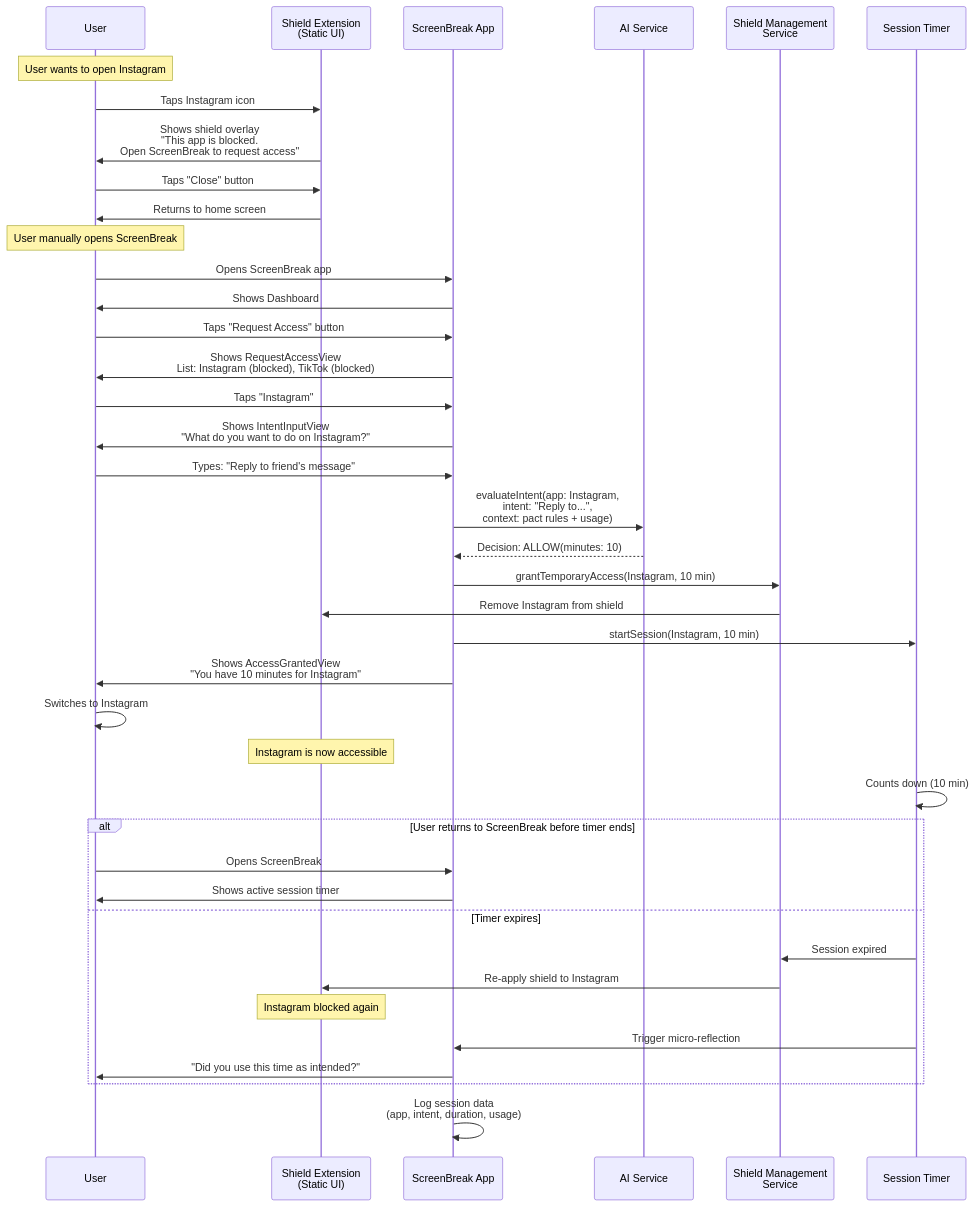
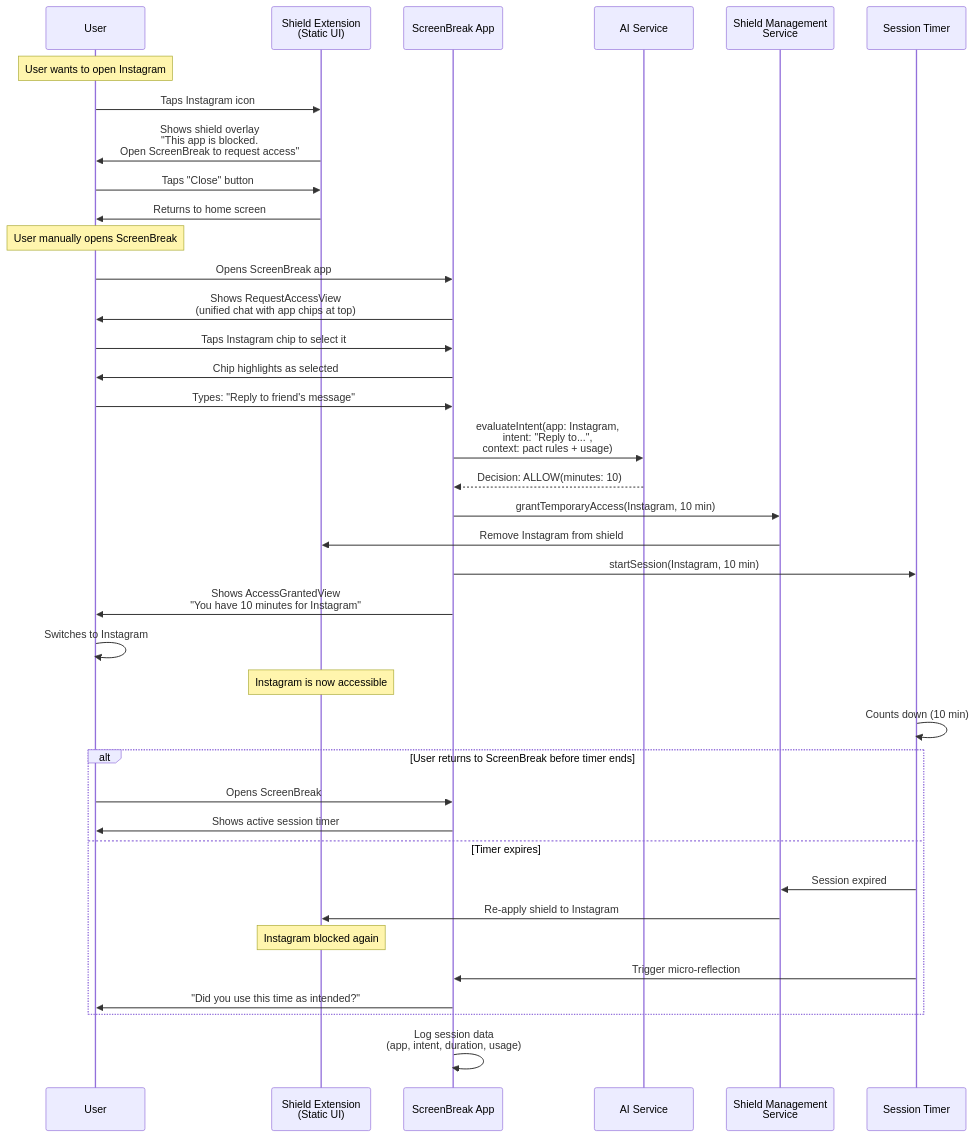
The fourth of 5 diagrams in blueprints/02_flows.md (CyberHoward/ScreenBreak), drawn with Mermaid before and after one commit. The commit also changed other lines of this file and 23 other files, not shown here.

````diff
--- a/blueprints/02_flows.md
+++ b/blueprints/02_flows.md
@@ -188,52 +185,50 @@
 ```mermaid
 sequenceDiagram
     participant User
     participant Shield as Shield Extension<br/>(Static UI)
     participant MainApp as ScreenBreak App
     participant AI as AI Service
     participant ShieldMgr as Shield Management<br/>Service
     participant Timer as Session Timer
     
     Note over User: User wants to open Instagram
     User->>Shield: Taps Instagram icon
     Shield->>User: Shows shield overlay<br/>"This app is blocked.<br/>Open ScreenBreak to request access"
     User->>Shield: Taps "Close" button
     Shield->>User: Returns to home screen
     
     Note over User: User manually opens ScreenBreak
     User->>MainApp: Opens ScreenBreak app
-    MainApp->>User: Shows Dashboard
-    User->>MainApp: Taps "Request Access" button
-    MainApp->>User: Shows RequestAccessView<br/>List: Instagram (blocked), TikTok (blocked)
+    MainApp->>User: Shows RequestAccessView<br/>(unified chat with app chips at top)
     
-    User->>MainApp: Taps "Instagram"
-    MainApp->>User: Shows IntentInputView<br/>"What do you want to do on Instagram?"
+    User->>MainApp: Taps Instagram chip to select it
+    MainApp->>User: Chip highlights as selected
     User->>MainApp: Types: "Reply to friend's message"
     
     MainApp->>AI: evaluateIntent(app: Instagram,<br/>intent: "Reply to...",<br/>context: pact rules + usage)
     AI-->>MainApp: Decision: ALLOW(minutes: 10)
     
     MainApp->>ShieldMgr: grantTemporaryAccess(Instagram, 10 min)
     ShieldMgr->>Shield: Remove Instagram from shield
     
     MainApp->>Timer: startSession(Instagram, 10 min)
     MainApp->>User: Shows AccessGrantedView<br/>"You have 10 minutes for Instagram"
     
     User->>User: Switches to Instagram
     Note over Shield: Instagram is now accessible
     
     Timer->>Timer: Counts down (10 min)
     
     alt User returns to ScreenBreak before timer ends
         User->>MainApp: Opens ScreenBreak
         MainApp->>User: Shows active session timer
     else Timer expires
         Timer->>ShieldMgr: Session expired
         ShieldMgr->>Shield: Re-apply shield to Instagram
         Note over Shield: Instagram blocked again
         Timer->>MainApp: Trigger micro-reflection
         MainApp->>User: "Did you use this time as intended?"
     end
     
     MainApp->>MainApp: Log session data<br/>(app, intent, duration, usage)
 ```
````
